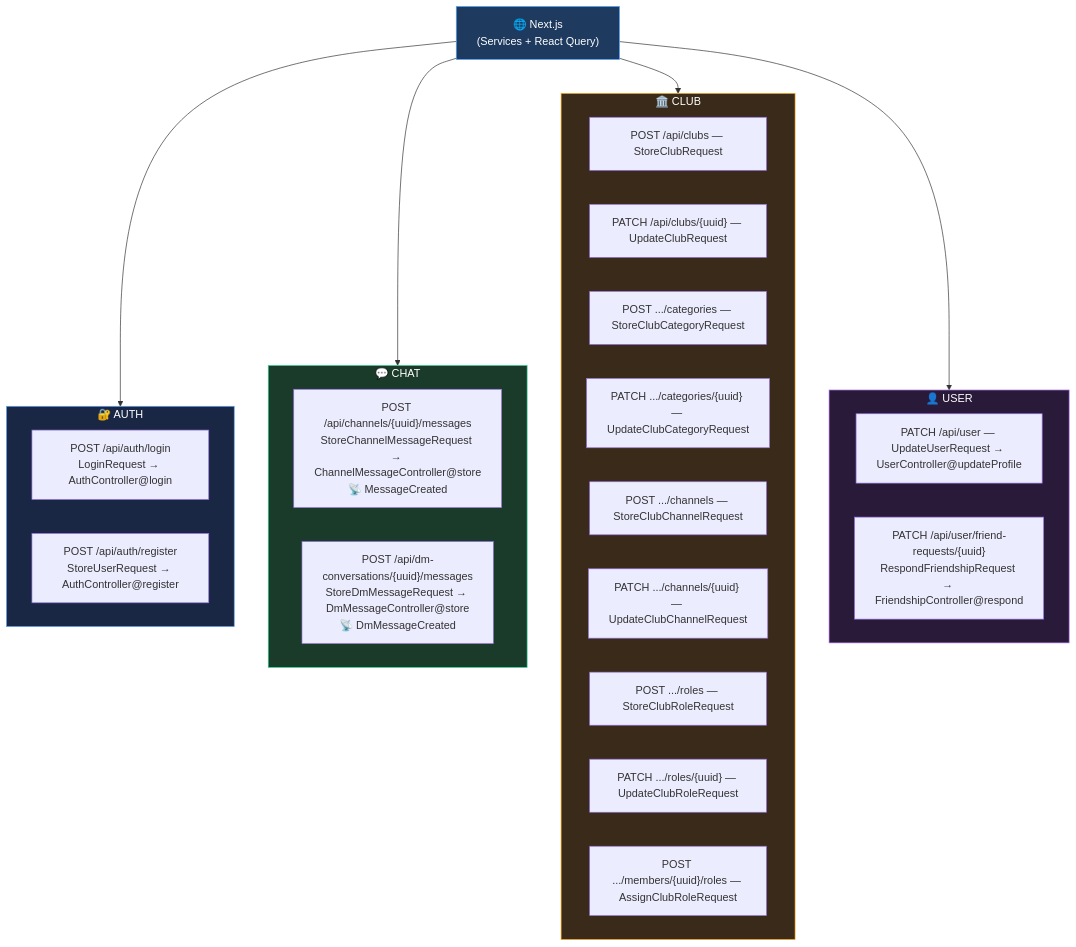
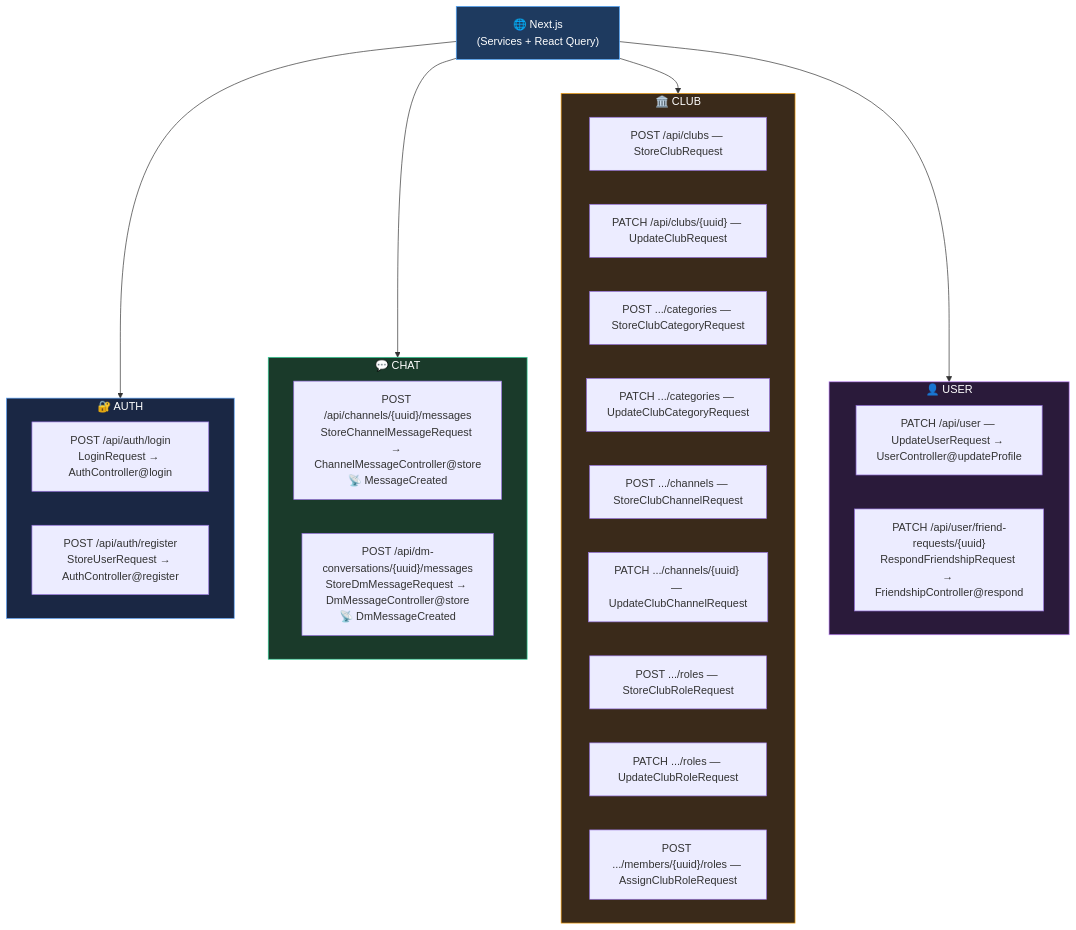
One commit to Santi746/vyntra-backend changed the third of 3 diagrams in docs/api_contract.md. Above: the diagram before and after it, drawn with Mermaid. The commit also changed other lines of this file and 120 other files, not shown here.

````diff
--- a/docs/api_contract.md
+++ b/docs/api_contract.md
@@ -190,44 +192,44 @@
 ```mermaid
 flowchart TB
     subgraph AUTH["🔐 AUTH"]
         direction LR
         A1["POST /api/auth/login\nLoginRequest → AuthController@login"]
         A2["POST /api/auth/register\nStoreUserRequest → AuthController@register"]
     end
 
     subgraph CHAT["💬 CHAT"]
         direction LR
         C1["POST /api/channels/{uuid}/messages\nStoreChannelMessageRequest → ChannelMessageController@store\n📡 MessageCreated"]
         C2["POST /api/dm-conversations/{uuid}/messages\nStoreDmMessageRequest → DmMessageController@store\n📡 DmMessageCreated"]
     end
 
     subgraph CLUB["🏛️ CLUB"]
         direction LR
         CL1["POST /api/clubs — StoreClubRequest"]
         CL2["PATCH /api/clubs/{uuid} — UpdateClubRequest"]
         CL3["POST .../categories — StoreClubCategoryRequest"]
-        CL4["PATCH .../categories/{uuid} — UpdateClubCategoryRequest"]
+        CL4["PATCH .../categories — UpdateClubCategoryRequest"]
         CL5["POST .../channels — StoreClubChannelRequest"]
         CL6["PATCH .../channels/{uuid} — UpdateClubChannelRequest"]
         CL7["POST .../roles — StoreClubRoleRequest"]
-        CL8["PATCH .../roles/{uuid} — UpdateClubRoleRequest"]
+        CL8["PATCH .../roles — UpdateClubRoleRequest"]
         CL9["POST .../members/{uuid}/roles — AssignClubRoleRequest"]
     end
 
     subgraph USER["👤 USER"]
         direction LR
         U1["PATCH /api/user — UpdateUserRequest → UserController@updateProfile"]
         U2["PATCH /api/user/friend-requests/{uuid}\nRespondFriendshipRequest → FriendshipController@respond"]
     end
 
     FE["🌐 Next.js\n(Services + React Query)"] --> AUTH
     FE --> CHAT
     FE --> CLUB
     FE --> USER
 
     style FE fill:#1e3a5f,stroke:#4da6ff,color:#fff
     style AUTH fill:#1a2744,stroke:#60a5fa,color:#fff
     style CHAT fill:#1a3a2a,stroke:#34d399,color:#fff
     style CLUB fill:#3a2a1a,stroke:#f59e0b,color:#fff
     style USER fill:#2a1a3a,stroke:#c084fc,color:#fff
 ```
````
